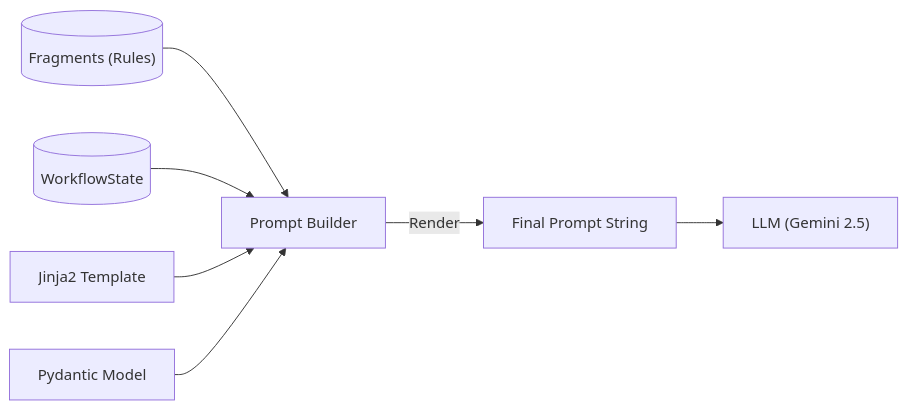
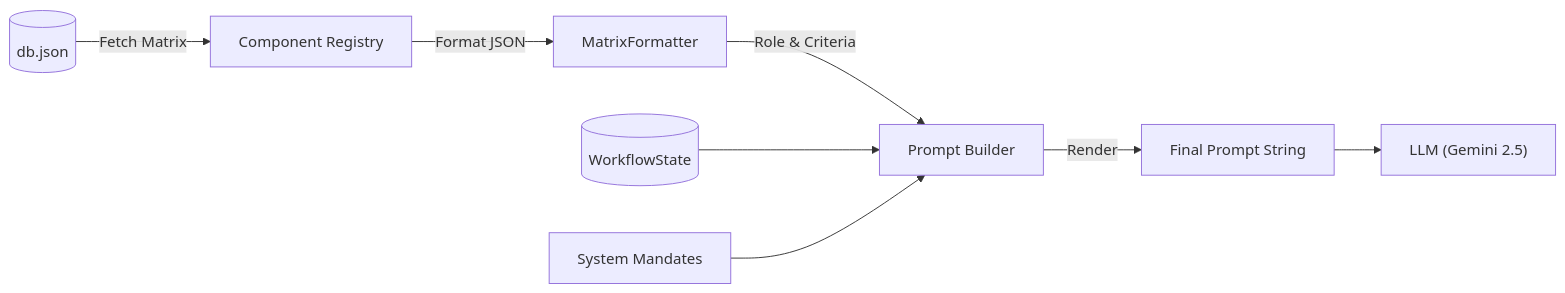
The diagram in docs/prompt_engineering.md (launis/quorum), drawn with Mermaid before and after one commit. The commit also changed other lines of this file and 233 other files, not shown here.

Commit message:
feat(core)!: MASSIVE ARCHITECTURAL OVERHAUL - Enforced Strict Mode, Fixed AI Models & Synced Documentation

````diff
--- a/docs/prompt_engineering.md
+++ b/docs/prompt_engineering.md
@@ -17,10 +27,12 @@
 ```mermaid
 graph LR
-    Fragments[("Fragments (Rules)")] --> Builder["Prompt Builder"]
+    DB[("db.json")] -->|Fetch Matrix| Registry["Component Registry"]
+    Registry -->|Format JSON| Formatter["MatrixFormatter"]
+    
+    Formatter -- "Role & Criteria" --> Builder["Prompt Builder"]
     State[("WorkflowState")] --> Builder
-    Template["Jinja2 Template"] --> Builder
-    Schema["Pydantic Model"] --> Builder
+    Mandates["System Mandates"] --> Builder
     
     Builder -- Render --> Final["Final Prompt String"]
     Final --> LLM["LLM (Gemini 2.5)"]
 ```
````
